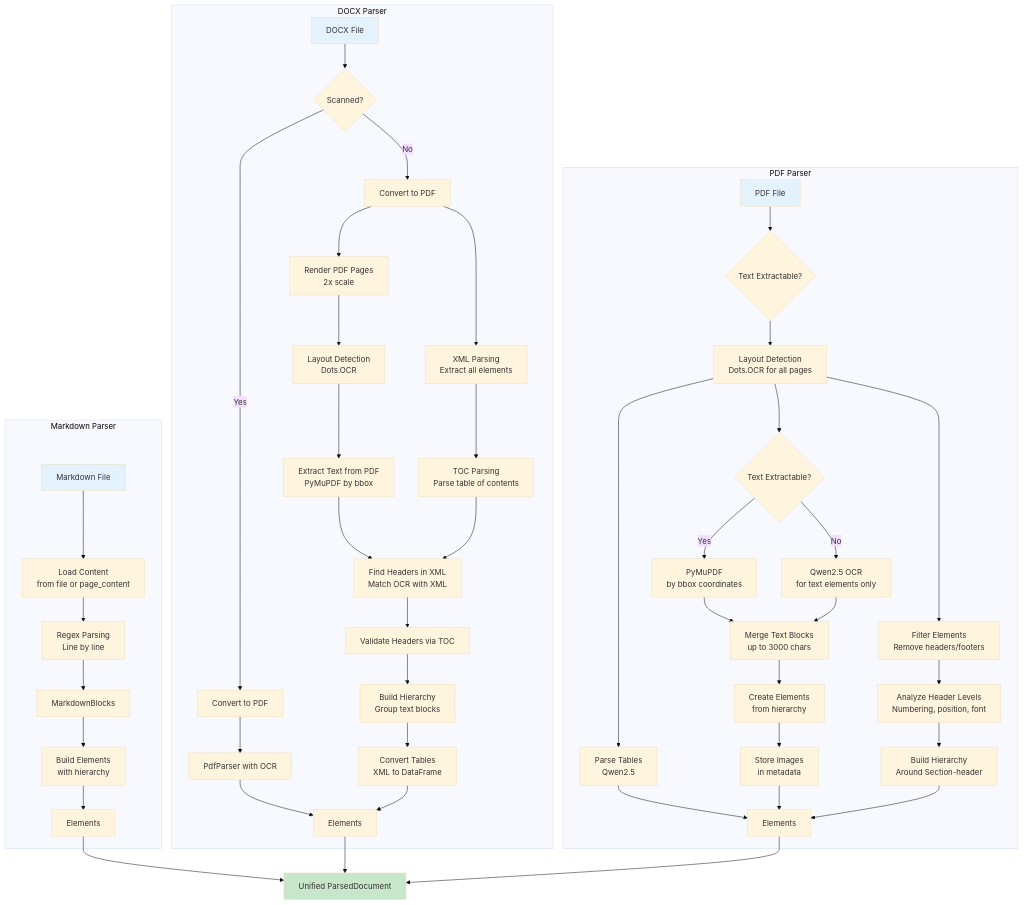
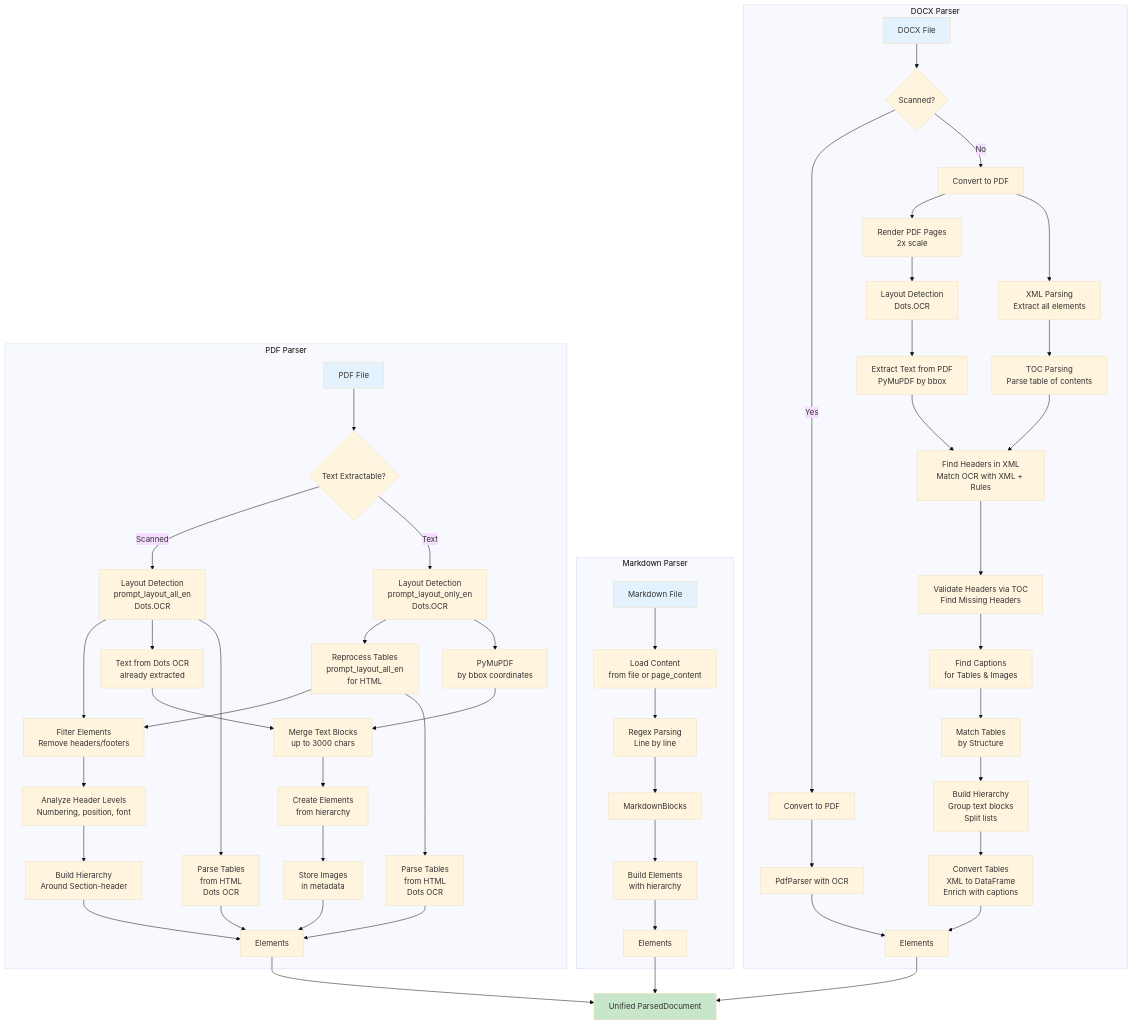
The fourth of 5 diagrams in docs/architecture_diagram.md (aimclub/documentor), drawn with Mermaid (base theme) before and after one commit. The commit also changed other lines of this file and 47 other files, not shown here.

Commit message:
Remove all Qwen references from documentor package and improve DOCX parser

````diff
--- a/docs/architecture_diagram.md
+++ b/docs/architecture_diagram.md
@@ -220,57 +255,63 @@
 ```mermaid
 graph TB
     subgraph "Markdown Parser"
         MD[Markdown File] --> Load[Load Content<br/>from file or page_content]
         Load --> Regex[Regex Parsing<br/>Line by line]
         Regex --> Blocks[MarkdownBlocks]
         Blocks --> Build[Build Elements<br/>with hierarchy]
         Build --> Elements1[Elements]
     end
     
     subgraph "DOCX Parser"
         DOCX[DOCX File] --> Check{Scanned?}
         Check -->|Yes| Convert1[Convert to PDF]
         Convert1 --> PdfParser1[PdfParser with OCR]
         PdfParser1 --> Elements2[Elements]
         Check -->|No| Convert2[Convert to PDF]
         Convert2 --> Render[Render PDF Pages<br/>2x scale]
         Render --> Layout[Layout Detection<br/>Dots.OCR]
         Layout --> Extract[Extract Text from PDF<br/>PyMuPDF by bbox]
         Convert2 --> XML[XML Parsing<br/>Extract all elements]
         XML --> TOC[TOC Parsing<br/>Parse table of contents]
-        Extract --> Match[Find Headers in XML<br/>Match OCR with XML]
+        Extract --> Match[Find Headers in XML<br/>Match OCR with XML + Rules]
         TOC --> Match
-        Match --> Validate[Validate Headers via TOC]
-        Validate --> Hierarchy1[Build Hierarchy<br/>Group text blocks]
-        Hierarchy1 --> Tables[Convert Tables<br/>XML to DataFrame]
+        Match --> Validate[Validate Headers via TOC<br/>Find Missing Headers]
+        Validate --> Captions[Find Captions<br/>for Tables & Images]
+        Captions --> Structure[Match Tables<br/>by Structure]
+        Structure --> Hierarchy1[Build Hierarchy<br/>Group text blocks<br/>Split lists]
+        Hierarchy1 --> Tables[Convert Tables<br/>XML to DataFrame<br/>Enrich with captions]
         Tables --> Elements2
     end
     
     subgraph "PDF Parser"
         PDF[PDF File] --> TextCheck{Text Extractable?}
-        TextCheck --> Layout2[Layout Detection<br/>Dots.OCR for all pages]
-        Layout2 --> Filter[Filter Elements<br/>Remove headers/footers]
+        TextCheck -->|Scanned| Layout2a[Layout Detection<br/>prompt_layout_all_en<br/>Dots.OCR]
+        TextCheck -->|Text| Layout2b[Layout Detection<br/>prompt_layout_only_en<br/>Dots.OCR]
+        Layout2b --> Reprocess[Reprocess Tables<br/>prompt_layout_all_en<br/>for HTML]
+        Layout2a --> Filter[Filter Elements<br/>Remove headers/footers]
+        Reprocess --> Filter
         Filter --> Analyze[Analyze Header Levels<br/>Numbering, position, font]
         Analyze --> Hierarchy2[Build Hierarchy<br/>Around Section-header]
-        Layout2 --> Extract2{Text Extractable?}
-        Extract2 -->|Yes| PyMuPDF[PyMuPDF<br/>by bbox coordinates]
-        Extract2 -->|No| OCR[Qwen2.5 OCR<br/>for text elements only]
-        PyMuPDF --> Merge[Merge Text Blocks<br/>up to 3000 chars]
-        OCR --> Merge
+        Layout2a --> Extract2a[Text from Dots OCR<br/>already extracted]
+        Layout2b --> Extract2b[PyMuPDF<br/>by bbox coordinates]
+        Extract2a --> Merge[Merge Text Blocks<br/>up to 3000 chars]
+        Extract2b --> Merge
         Merge --> Create[Create Elements<br/>from hierarchy]
         Create --> Images[Store Images<br/>in metadata]
-        Layout2 --> Tables2[Parse Tables<br/>Qwen2.5]
-        Tables2 --> Elements3[Elements]
+        Layout2a --> Tables2a[Parse Tables<br/>from HTML<br/>Dots OCR]
+        Reprocess --> Tables2b[Parse Tables<br/>from HTML<br/>Dots OCR]
+        Tables2a --> Elements3[Elements]
+        Tables2b --> Elements3
         Images --> Elements3
         Hierarchy2 --> Elements3
     end
     
     Elements1 --> Unified[Unified ParsedDocument]
     Elements2 --> Unified
     Elements3 --> Unified
     
     style MD fill:#e3f2fd
     style DOCX fill:#e3f2fd
     style PDF fill:#e3f2fd
     style Unified fill:#c8e6c9
 ```
````
